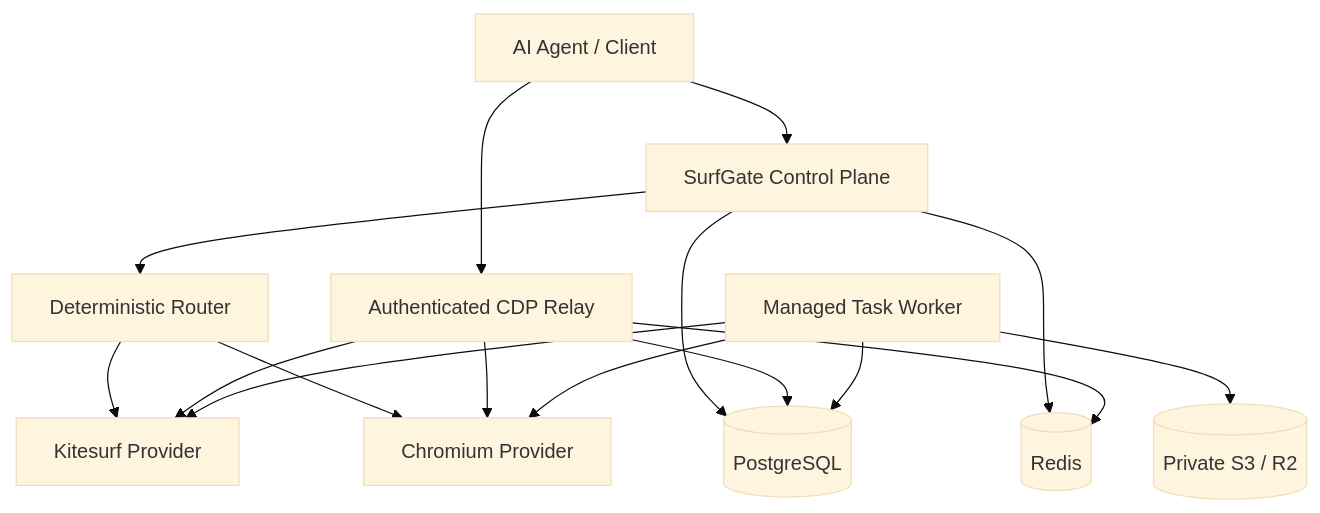
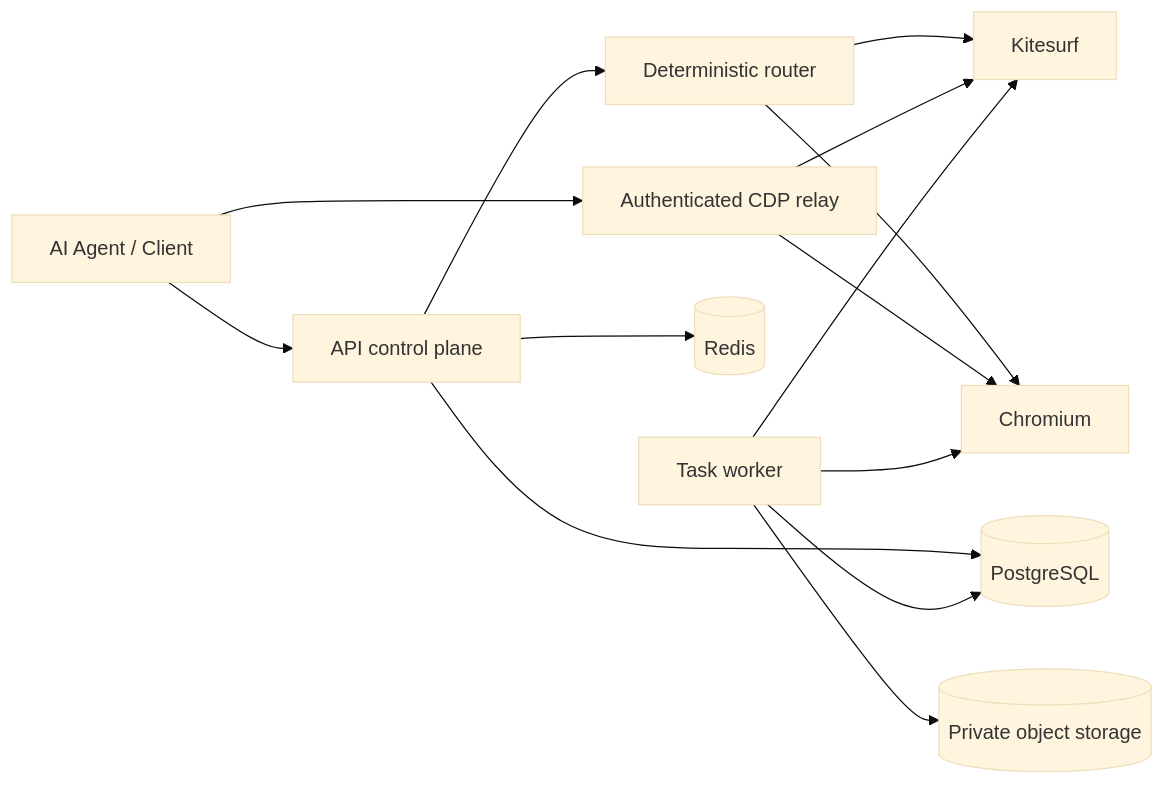
The diagram in README.md (Debangsha1992/surfgate), drawn with Mermaid (base theme) before and after one commit. The commit also changed other lines of this file and 30 other files, not shown here.

Commit message:
docs: prepare SurfGate open-source developer preview

````diff
--- a/README.md
+++ b/README.md
@@ -13,29 +24,16 @@
 ```mermaid
-flowchart TD
-    Client[AI Agent / Client]
-    API[SurfGate Control Plane]
-    Router[Deterministic Router]
-    K[Kitesurf Provider]
-    C[Chromium Provider]
-    DB[(PostgreSQL)]
-    Redis[(Redis)]
-    Relay[Authenticated CDP Relay]
-    Worker[Managed Task Worker]
-    Objects[(Private S3 / R2)]
-
-    Client --> API
-    API --> Router
-    Router --> K
-    Router --> C
-    API --> DB
-    API --> Redis
-    Client --> Relay
+flowchart LR
+    Client[AI Agent / Client] --> API[API control plane]
+    API --> Router[Deterministic router]
+    Router --> K[Kitesurf]
+    Router --> C[Chromium]
+    Client --> Relay[Authenticated CDP relay]
     Relay --> K
     Relay --> C
-    Relay --> DB
-    Relay --> Redis
+    API --> DB[(PostgreSQL)]
+    API --> Redis[(Redis)]
+    Worker[Task worker] --> DB
+    Worker --> Objects[(Private object storage)]
     Worker --> K
     Worker --> C
-    Worker --> DB
-    Worker --> Objects
 ```
````
